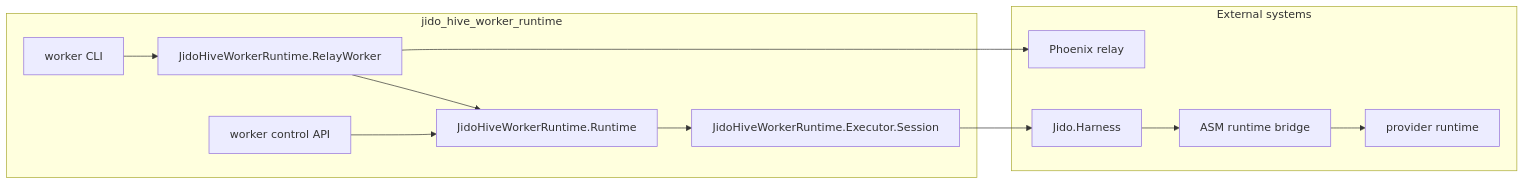
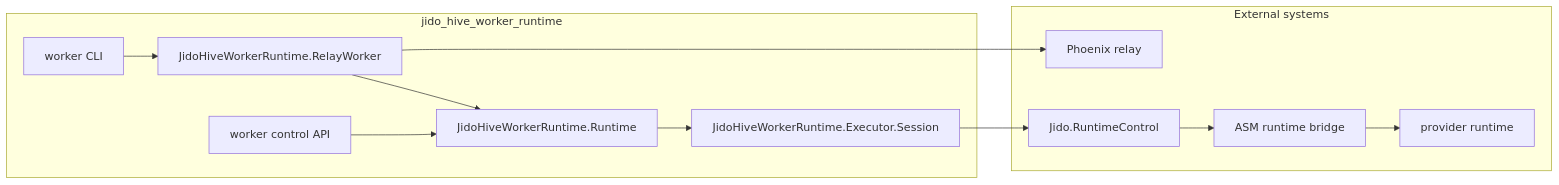
One commit to nshkrdotcom/jido_hive changed the diagram in jido_hive_worker_runtime/README.md. Above: the diagram before and after it, drawn with Mermaid. The commit also changed 29 other files, not shown here.

Commit message:
phase5: update jido hive runtime control bridge

````diff
--- a/jido_hive_worker_runtime/README.md
+++ b/jido_hive_worker_runtime/README.md
@@ -61,26 +61,26 @@
 ```mermaid
 flowchart LR
     subgraph Worker[jido_hive_worker_runtime]
       CLI[worker CLI]
       Relay[JidoHiveWorkerRuntime.RelayWorker]
       Runtime[JidoHiveWorkerRuntime.Runtime]
       Executor[JidoHiveWorkerRuntime.Executor.Session]
       Control[worker control API]
     end
 
     subgraph External[External systems]
       Phoenix[Phoenix relay]
-      Harness[Jido.Harness]
+      RuntimeControl[Jido.RuntimeControl]
       ASM[ASM runtime bridge]
       Provider[provider runtime]
     end
 
     CLI --> Relay
     Relay --> Runtime
     Relay --> Phoenix
     Runtime --> Executor
-    Executor --> Harness
-    Harness --> ASM
+    Executor --> RuntimeControl
+    RuntimeControl --> ASM
     ASM --> Provider
     Control --> Runtime
 ```
````
